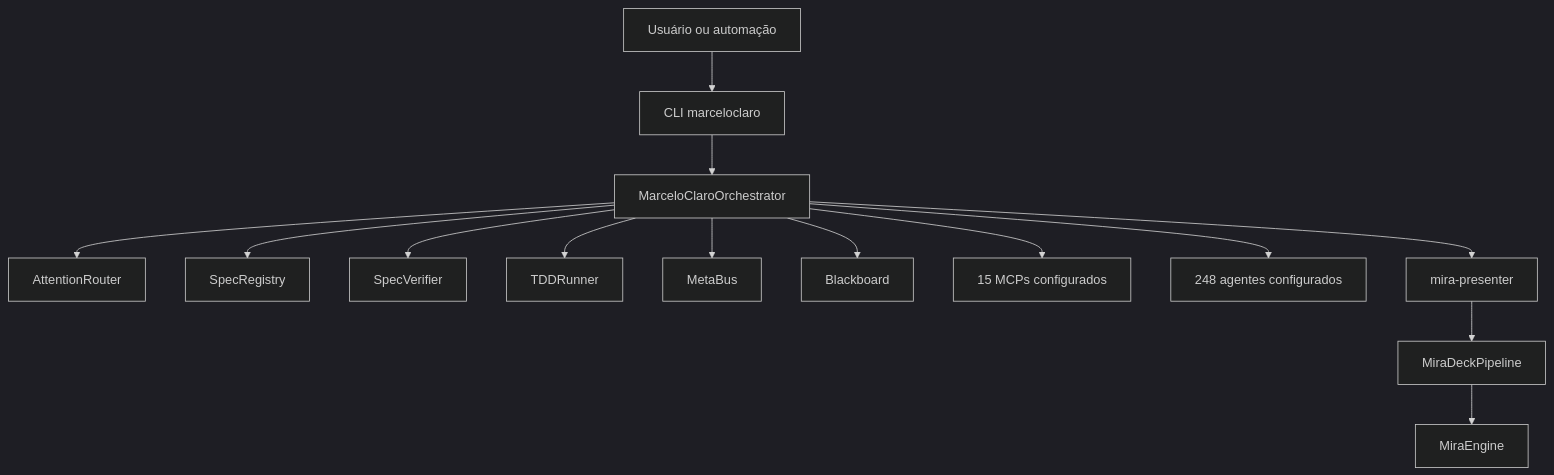
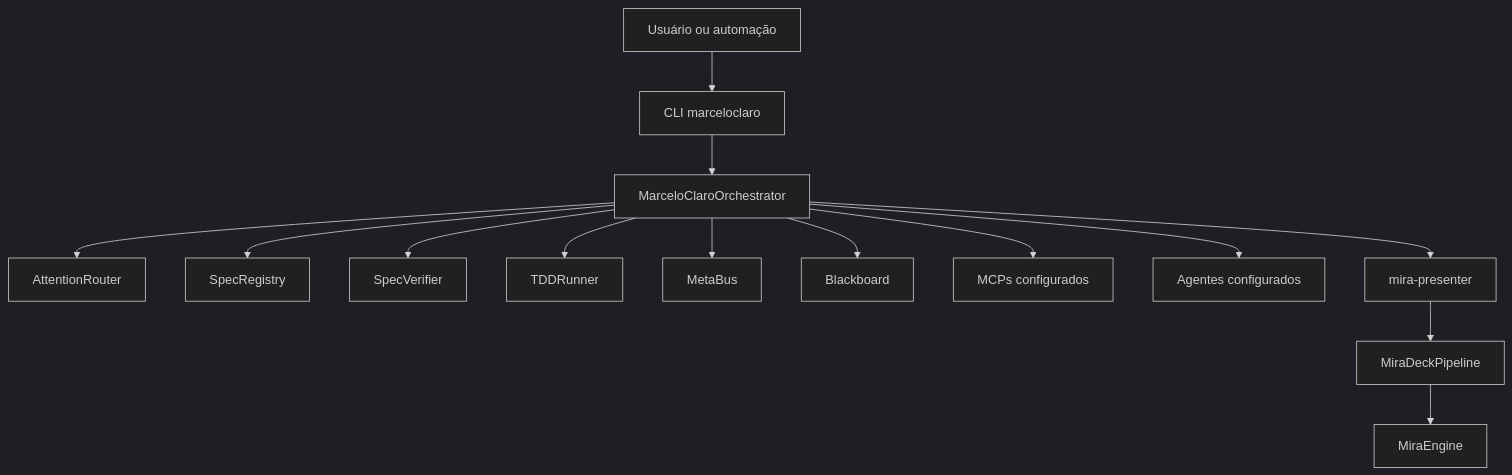
The second of 2 diagrams in ARCHITECTURE.md (MarceloClaro/opencode-ecosystem-core), drawn with Mermaid (dark theme) before and after one commit. The commit also changed other lines of this file and 500 other files, not shown here.

````diff
--- a/ARCHITECTURE.md
+++ b/ARCHITECTURE.md
@@ -49,16 +56,16 @@
 ```mermaid
 flowchart TB
     Usuario2[Usuário ou automação] --> CLI2[CLI marceloclaro]
     CLI2 --> Orq2[MarceloClaroOrchestrator]
     Orq2 --> Router[AttentionRouter]
     Orq2 --> SpecRegistry2[SpecRegistry]
     Orq2 --> SpecVerifier2[SpecVerifier]
     Orq2 --> TDDRunner2[TDDRunner]
     Orq2 --> MetaBus2[MetaBus]
     Orq2 --> Blackboard2[Blackboard]
-    Orq2 --> MCP2[15 MCPs configurados]
-    Orq2 --> Agents2[248 agentes configurados]
+    Orq2 --> MCP2[MCPs configurados]
+    Orq2 --> Agents2[Agentes configurados]
     Orq2 --> Mira2[mira-presenter]
     Mira2 --> Deck2[MiraDeckPipeline]
     Deck2 --> Engine2[MiraEngine]
 ```
````
